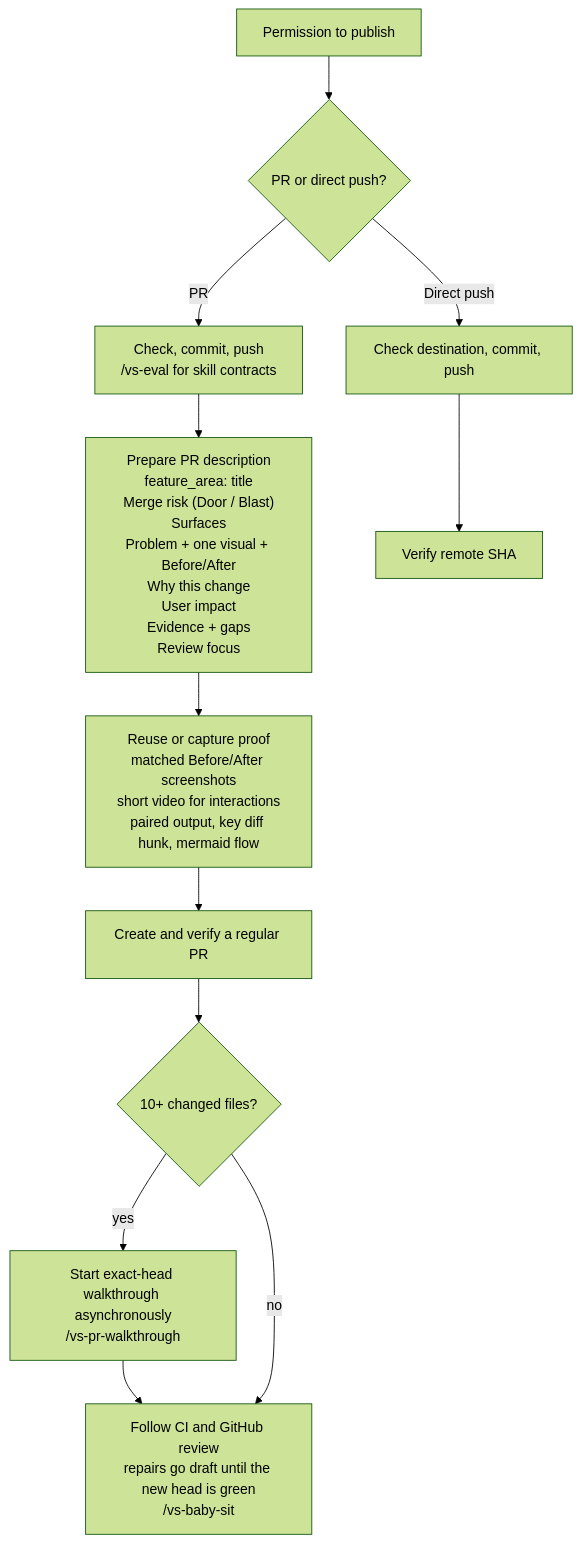
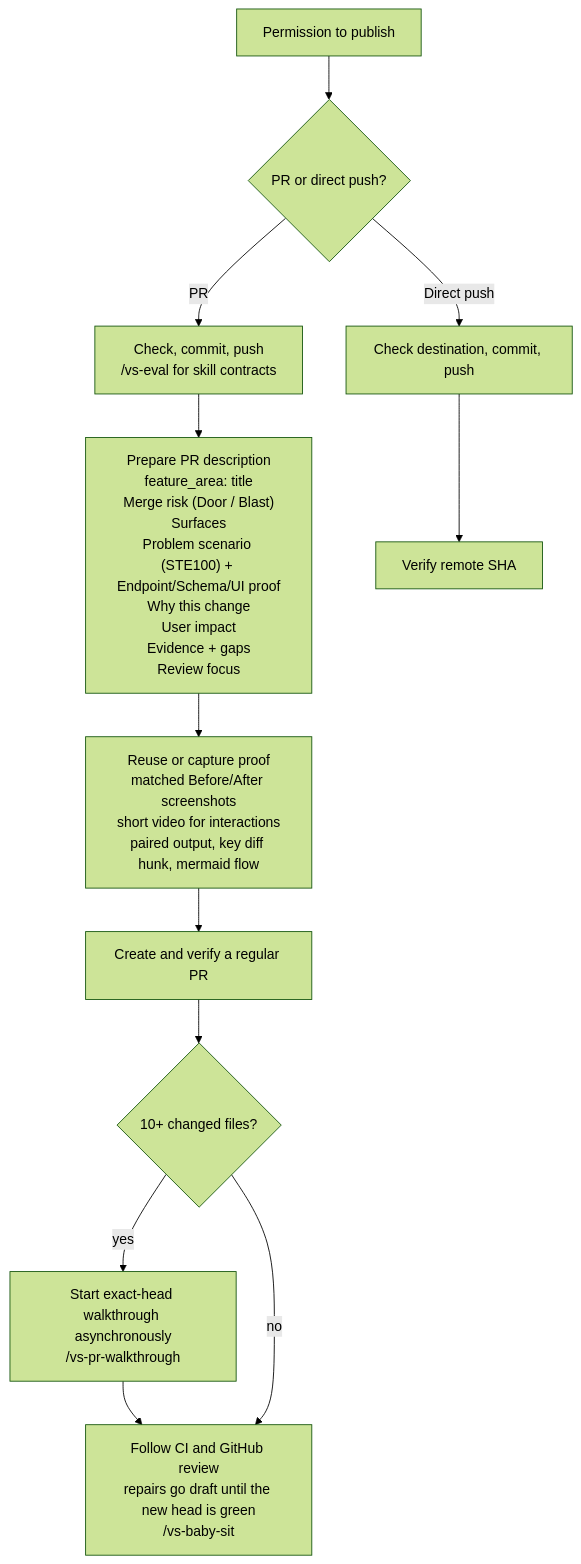
Before and after one commit to vltansky/vs: the fourth of 4 diagrams in README.md, drawn with Mermaid (forest theme). The commit also changed 6 other files, not shown here.

First line of the commit message:
feat(ship-it): STE100 scenario Why + no-How gate

````diff
--- a/README.md
+++ b/README.md
@@ -102,11 +102,11 @@
 ```mermaid
 flowchart TD
     I[Permission to publish] --> D{PR or direct push?}
     D -- PR --> C["Check, commit, push<br/>/vs-eval for skill contracts"]
-    C --> B["Prepare PR description<br/>feature_area: title<br/>Merge risk (Door / Blast)<br/>Surfaces<br/>Problem + one visual + Before/After<br/>Why this change<br/>User impact<br/>Evidence + gaps<br/>Review focus"]
+    C --> B["Prepare PR description<br/>feature_area: title<br/>Merge risk (Door / Blast)<br/>Surfaces<br/>Problem scenario (STE100) + Endpoint/Schema/UI proof<br/>Why this change<br/>User impact<br/>Evidence + gaps<br/>Review focus"]
     B --> M["Reuse or capture proof<br/>matched Before/After screenshots<br/>short video for interactions<br/>paired output, key diff hunk, mermaid flow"]
     M --> O[Create and verify a regular PR] --> L{10+ changed files?}
     L -- yes --> T["Start exact-head walkthrough asynchronously<br/>/vs-pr-walkthrough"] --> W["Follow CI and GitHub review<br/>repairs go draft until the new head is green<br/>/vs-baby-sit"]
     L -- no --> W
     D -- Direct push --> F[Check destination, commit, push] --> S[Verify remote SHA]
 ```
````
